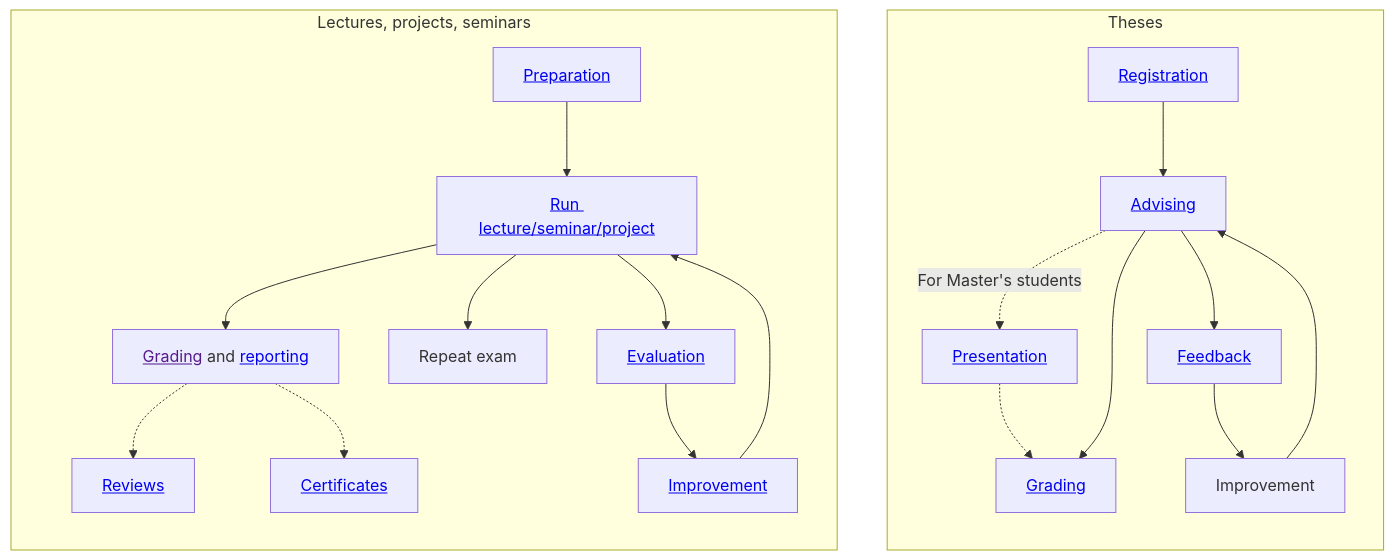
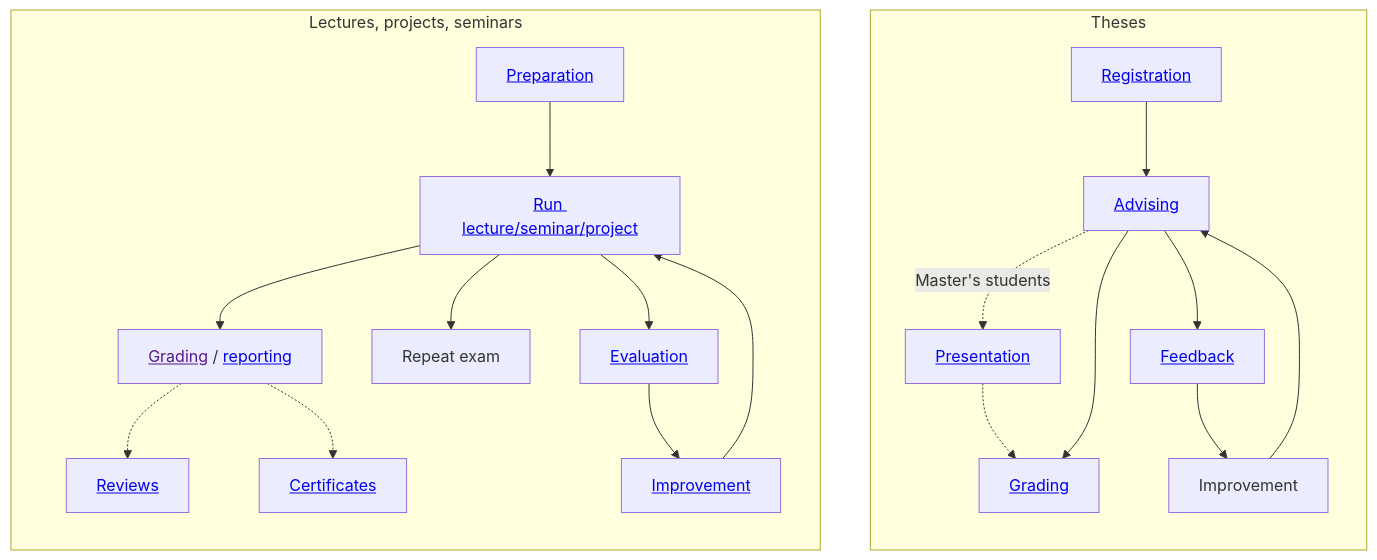
One commit to digital-work-lab/handbook changed the diagram in docs/30-teaching/index.md. Above: the diagram before and after it, drawn with Mermaid. The commit also changed 2 other files, not shown here.

````diff
--- a/docs/30-teaching/index.md
+++ b/docs/30-teaching/index.md
@@ -11,26 +11,26 @@
 ```mermaid
 flowchart TB
     subgraph Theses
         direction TB
         Registration["<a href='30_processes/30.40.theses.html#registration'>Registration</a>"] --> Advising["<a href='30_processes/30.40.theses.html#advising'>Advising</a>"]
-        Advising -. For Master's students .-> Presentation["<a href='30_processes/30.40.theses.html#thesis-presentation'>Presentation</a>"]
+        Advising -. Master's students .-> Presentation["<a href='30_processes/30.40.theses.html#thesis-presentation'>Presentation</a>"]
         Presentation -.-> Grading
         Advising --> Grading["<a href='30_processes/30.40.theses.html#grading'>Grading</a>"]
         Advising --> Feedback["<a href='https://digital-work-lab.github.io/theses/docs/feedback.html'>Feedback</a>"]
         Improvement --> Advising
         Feedback --> Improvement
     end
 
     subgraph main["Lectures, projects, seminars"]
         direction TB
         Prepare["<a href='30_processes/30.09.new_modules.html'>Preparation</a>"] --> Run["<a href='30_processes/30.02.courses.html#course-list'>Run lecture/seminar/project</a>"]
-        Run --> Grade["<a href=''>Grading</a> and <a href='30_processes/30.20.reports.html'>reporting</a>"]
+        Run --> Grade["<a href=''>Grading</a> / <a href='30_processes/30.20.reports.html'>reporting</a>"]
         Run --> Repeat[Repeat exam]
         Grade -.-> Reviews["<a href='30_processes/30.60.reviews.html'>Reviews</a>"]
         Grade -.-> Certificates["<a href='30_processes/30.51.certificates.html'>Certificates</a>"]
         Run --> Evaluate["<a href='30_processes/30.21.evaluations.html'>Evaluation</a>"]
         Evaluate --> Improve["<a href='30_processes/30.22.improvements.html'>Improvement</a>"]
         Improve --> Run
     end
 
 ```
````
